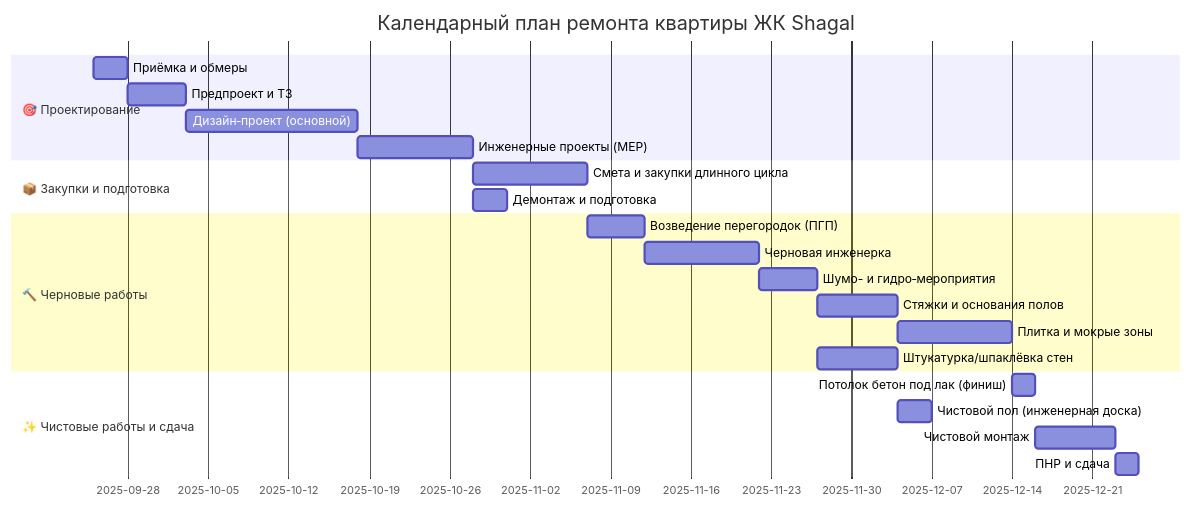
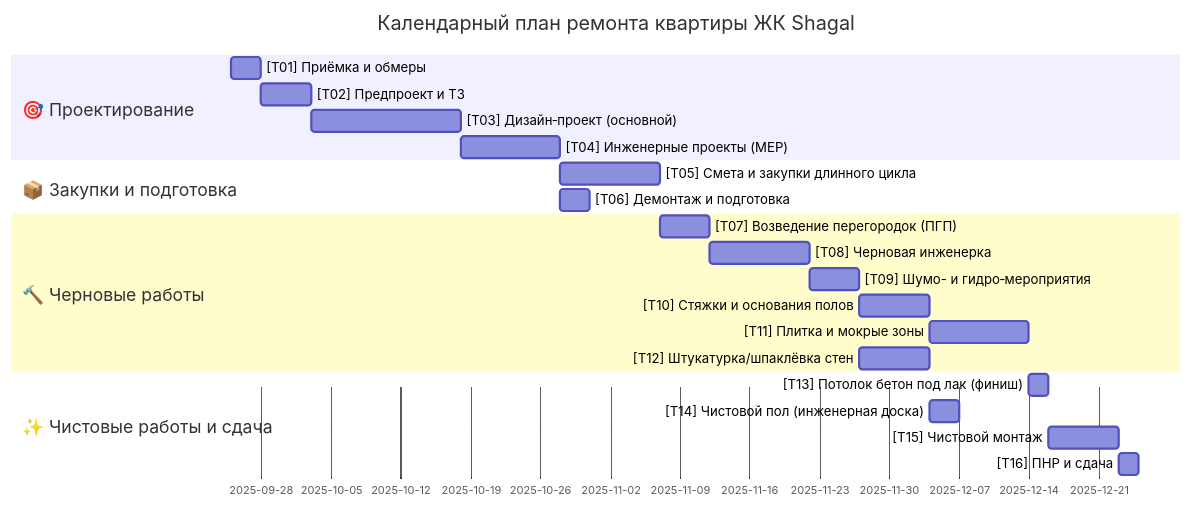
The second of 4 diagrams in mermaid-diagrams.md (ablagovestnov/ai-renovation), drawn with Mermaid before and after one commit.

````diff
--- a/mermaid-diagrams.md
+++ b/mermaid-diagrams.md
@@ -40,29 +40,39 @@
 ```mermaid
+%%{init: {
+  'gantt': {
+    'displayMode': 'standard',
+    'leftPadding': 200,
+    'gridLineStartPadding': 350,
+    'fontSize': 12,
+    'sectionFontSize': 16,
+    'taskFontSize': 11
+  }
+}}%%
 gantt
   dateFormat  YYYY-MM-DD
   title Календарный план ремонта квартиры ЖК Shagal
   
   section 🎯 Проектирование
-  Приёмка и обмеры         :T01, 2025-09-25, 3d
-  Предпроект и ТЗ          :T02, after T01, 5d
-  Дизайн‑проект (основной) :T03, after T02, 15d
-  Инженерные проекты (MEP) :T04, after T03, 10d
+  [T01] Приёмка и обмеры         :T01, 2025-09-25, 3d
+  [T02] Предпроект и ТЗ          :T02, after T01, 5d
+  [T03] Дизайн‑проект (основной) :T03, after T02, 15d
+  [T04] Инженерные проекты (MEP) :T04, after T03, 10d
 
   section 📦 Закупки и подготовка
-  Смета и закупки длинного цикла :T05, after T04, 10d
-  Демонтаж и подготовка    :T06, after T04, 3d
+  [T05] Смета и закупки длинного цикла :T05, after T04, 10d
+  [T06] Демонтаж и подготовка    :T06, after T04, 3d
 
   section 🔨 Черновые работы
-  Возведение перегородок (ПГП)    :T07, after T05, 5d
-  Черновая инженерка       :T08, after T07, 10d
-  Шумо- и гидро‑мероприятия:T09, after T08, 5d
-  Стяжки и основания полов :T10, after T09, 7d
-  Плитка и мокрые зоны     :T11, after T10, 10d
-  Штукатурка/шпаклёвка стен:T12, after T09, 7d
+  [T07] Возведение перегородок (ПГП)    :T07, after T05, 5d
+  [T08] Черновая инженерка       :T08, after T07, 10d
+  [T09] Шумо- и гидро‑мероприятия:T09, after T08, 5d
+  [T10] Стяжки и основания полов :T10, after T09, 7d
+  [T11] Плитка и мокрые зоны     :T11, after T10, 10d
+  [T12] Штукатурка/шпаклёвка стен:T12, after T09, 7d
 
   section ✨ Чистовые работы и сдача
-  Потолок бетон под лак (финиш)    :T13, after T11, 2d
-  Чистовой пол (инженерная доска)  :T14, after T12, 3d
-  Чистовой монтаж          :T15, after T13, 7d
-  ПНР и сдача              :T16, after T15, 2d
+  [T13] Потолок бетон под лак (финиш)    :T13, after T11, 2d
+  [T14] Чистовой пол (инженерная доска)  :T14, after T12, 3d
+  [T15] Чистовой монтаж          :T15, after T13, 7d
+  [T16] ПНР и сдача              :T16, after T15, 2d
 ```
````
